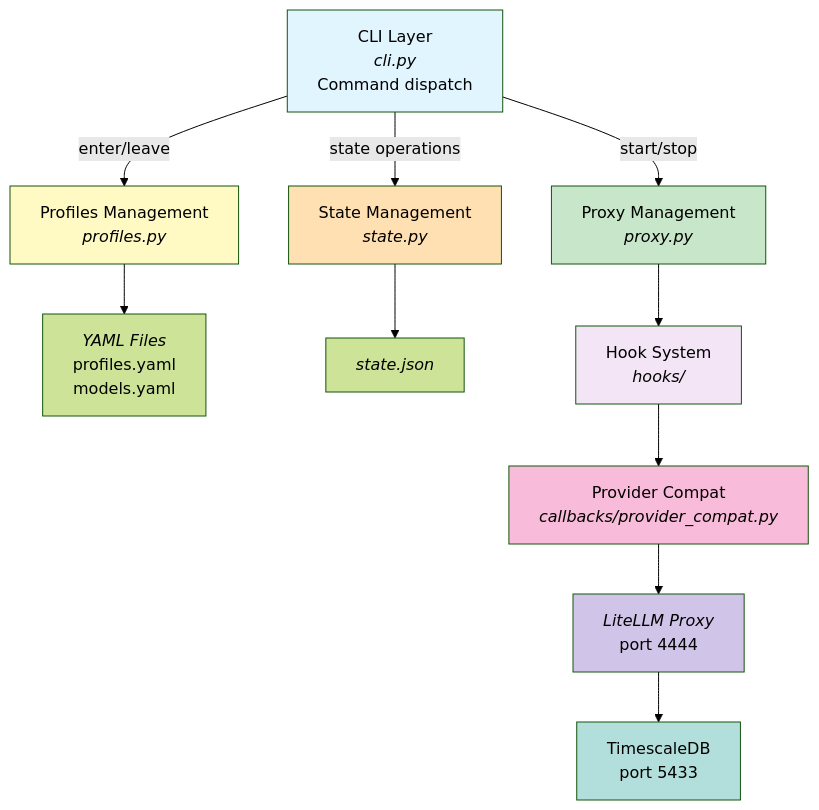
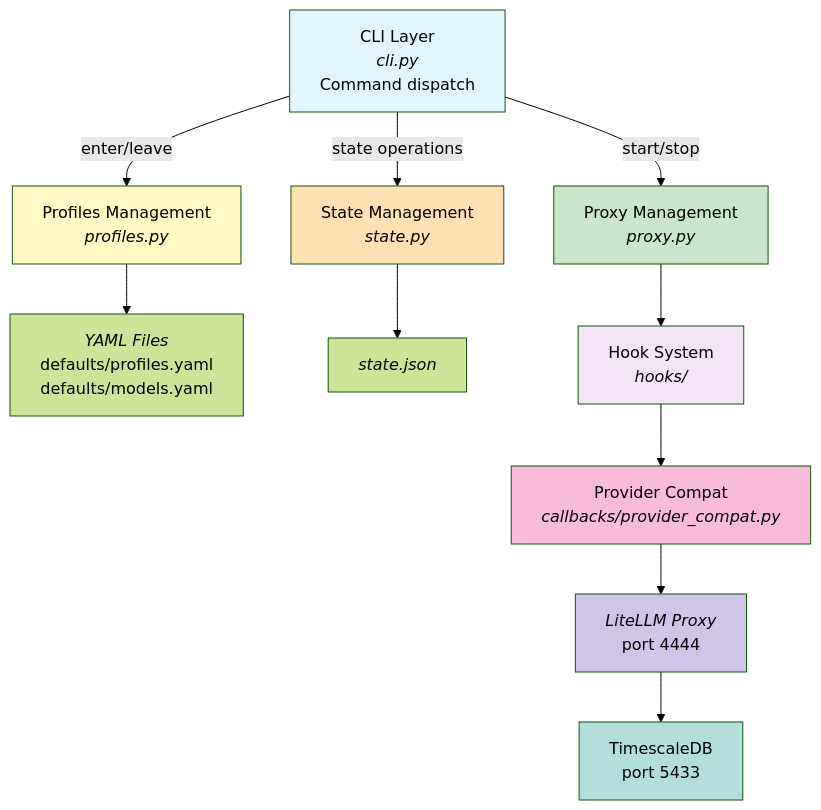
One commit to noizu/run-claude changed the diagram in docs/PROJ-ARCH.md. Above: the diagram before and after it, drawn with Mermaid (forest theme). The commit also changed other lines of this file and 10 other files, not shown here.

````diff
--- a/docs/PROJ-ARCH.md
+++ b/docs/PROJ-ARCH.md
@@ -7,23 +7,23 @@
 ```mermaid
 graph TD
     CLI[CLI Layer<br/><i>cli.py</i><br/>Command dispatch] --> |enter/leave| PROFILES
     CLI --> |state operations| STATE
     CLI --> |start/stop| PROXY
 
-    PROFILES[Profiles Management<br/><i>profiles.py</i>] --> YAML[<i>YAML Files</i><br/>profiles.yaml<br/>models.yaml]
+    PROFILES[Profiles Management<br/><i>profiles.py</i>] --> YAML[<i>YAML Files</i><br/>defaults/profiles.yaml<br/>defaults/models.yaml]
     STATE[State Management<br/><i>state.py</i>] --> STATEFILE[<i>state.json</i>]
     PROXY[Proxy Management<br/><i>proxy.py</i>] --> HOOKS[Hook System<br/><i>hooks/</i>]
     HOOKS --> COMPAT[Provider Compat<br/><i>callbacks/provider_compat.py</i>]
 
     COMPAT --> LITELLM[<i>LiteLLM Proxy</i><br/>port 4444]
     LITELLM --> DB[TimescaleDB<br/>port 5433]
 
     style CLI fill:#e1f5fe
     style PROFILES fill:#fff9c4
     style STATE fill:#ffe0b2
     style PROXY fill:#c8e6c9
     style HOOKS fill:#f3e5f5
     style COMPAT fill:#f8bbd9
     style LITELLM fill:#d1c4e9
     style DB fill:#b2dfdb
 ```
````
